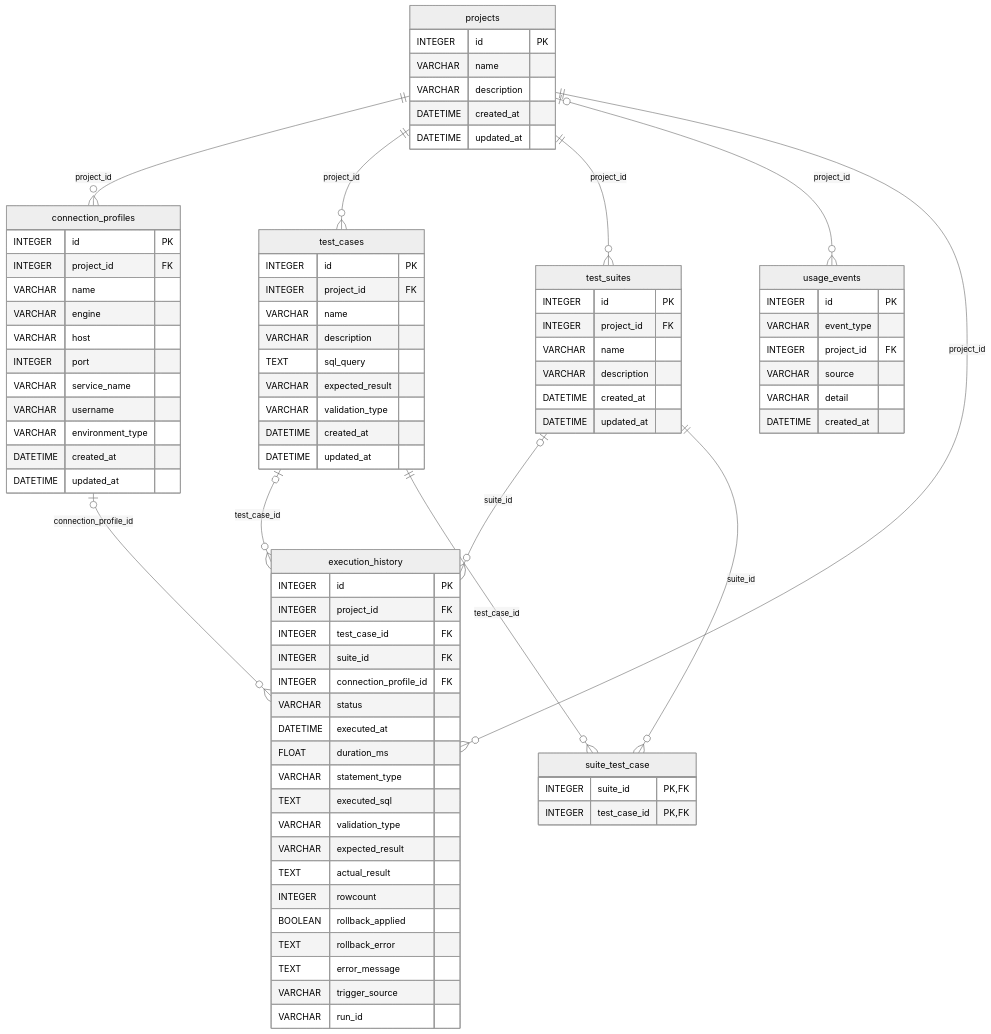
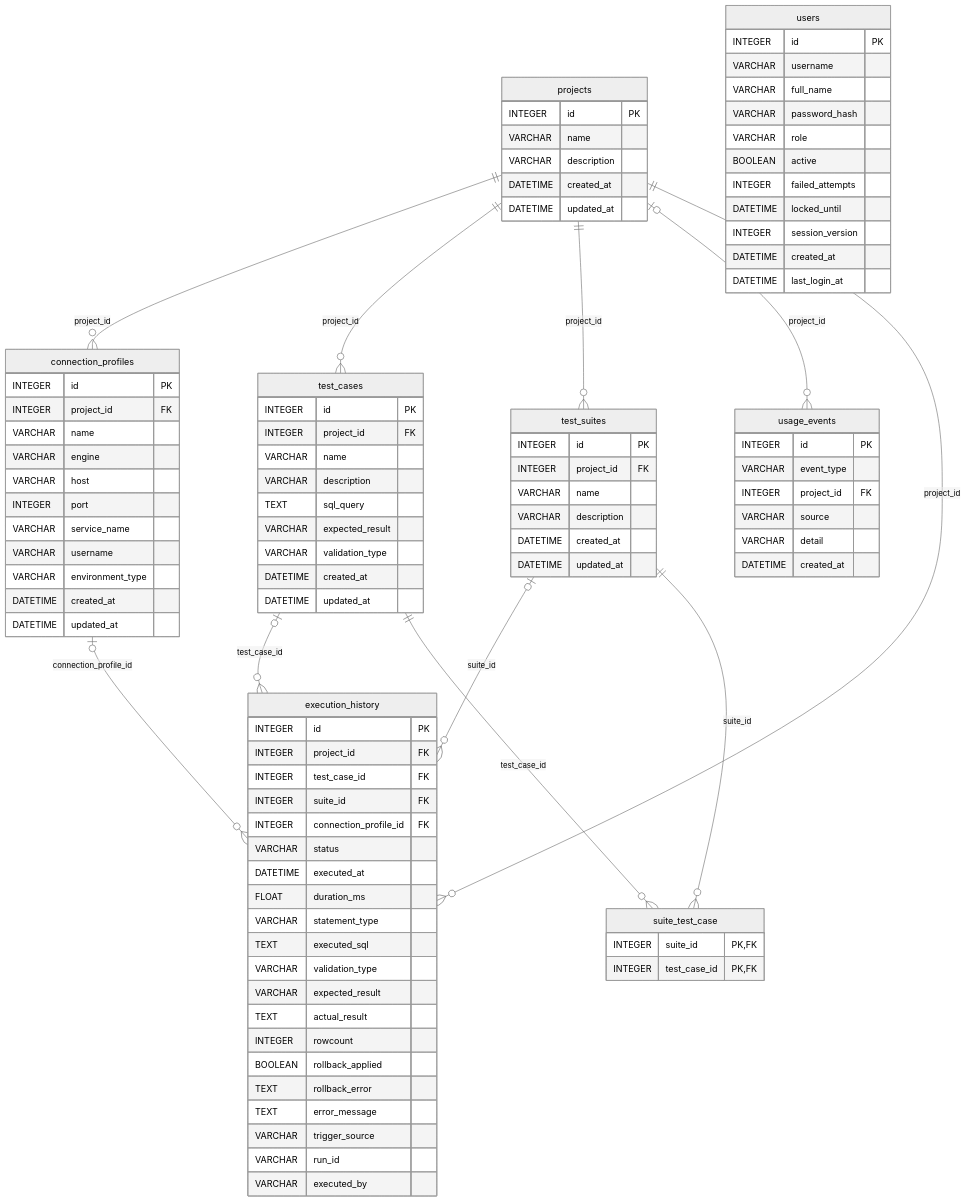
The first of 6 diagrams in framework-pruebas-sql/docs/generated/diagramas.md (Ssjkvinf/si783-grupo4-docs), drawn with Mermaid (neutral theme) before and after one commit. The commit also changed other lines of this file and 98 other files, not shown here.

```diff
--- a/framework-pruebas-sql/docs/generated/diagramas.md
+++ b/framework-pruebas-sql/docs/generated/diagramas.md
@@ -16,6 +16,19 @@
         VARCHAR description
         DATETIME created_at
         DATETIME updated_at
+    }
+    users {
+        INTEGER id PK
+        VARCHAR username
+        VARCHAR full_name
+        VARCHAR password_hash
+        VARCHAR role
+        BOOLEAN active
+        INTEGER failed_attempts
+        DATETIME locked_until
+        INTEGER session_version
+        DATETIME created_at
+        DATETIME last_login_at
     }
     connection_profiles {
         INTEGER id PK
@@ -77,6 +90,7 @@
         TEXT error_message
         VARCHAR trigger_source
         VARCHAR run_id
+        VARCHAR executed_by
     }
     suite_test_case {
         INTEGER suite_id PK,FK
```
